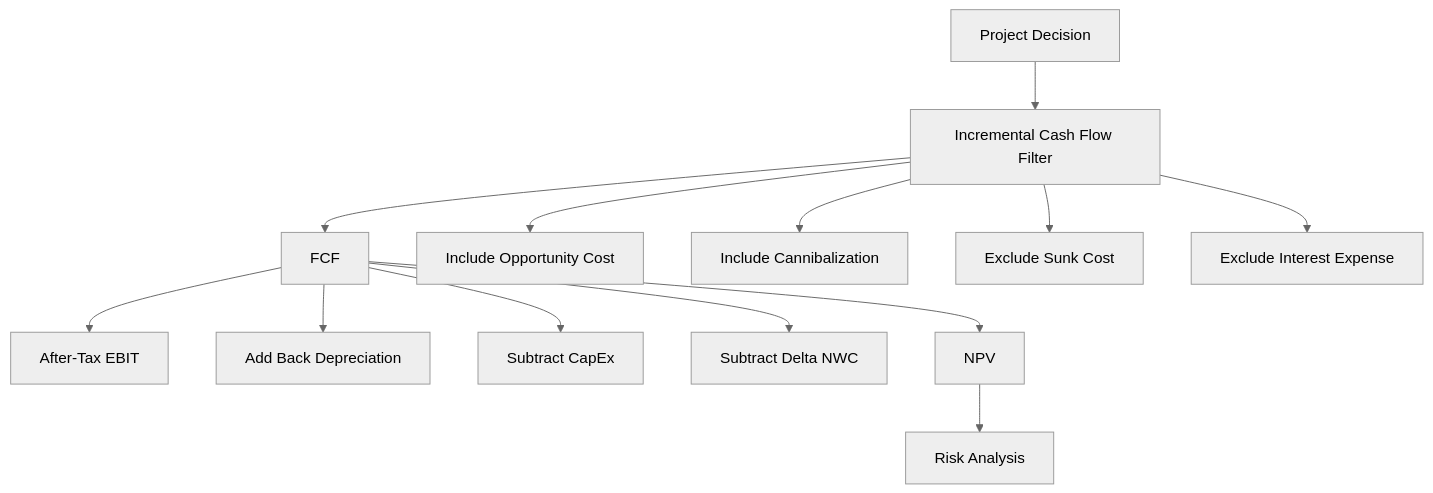
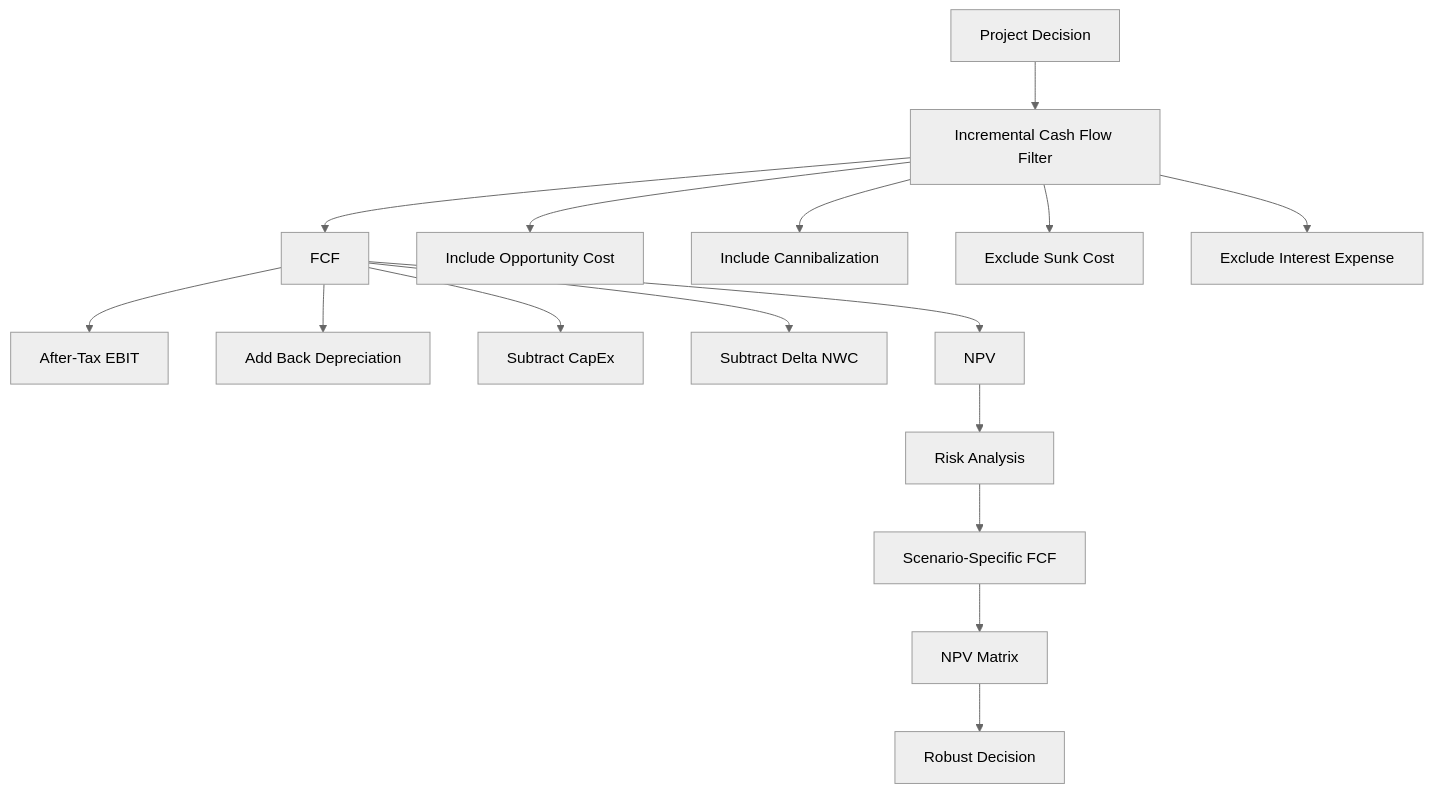
Before and after one commit to aerkn1/TUM-semester-2: the diagram in finance-and-investment-management/wiki/session-05-06-capital-budgeting/CONTEXT.md, drawn with Mermaid (neutral theme). The commit also changed other lines of this file and 29 other files, not shown here.

````diff
--- a/finance-and-investment-management/wiki/session-05-06-capital-budgeting/CONTEXT.md
+++ b/finance-and-investment-management/wiki/session-05-06-capital-budgeting/CONTEXT.md
@@ -92,15 +199,18 @@
 ```mermaid
 flowchart TD
     A[Project Decision] --> B[Incremental Cash Flow Filter]
     B --> C[FCF]
     C --> D[After-Tax EBIT]
     C --> E[Add Back Depreciation]
     C --> F[Subtract CapEx]
     C --> G[Subtract Delta NWC]
     B --> H[Include Opportunity Cost]
     B --> I[Include Cannibalization]
     B --> J[Exclude Sunk Cost]
     B --> K[Exclude Interest Expense]
     C --> L[NPV]
     L --> M[Risk Analysis]
+    M --> N[Scenario-Specific FCF]
+    N --> O[NPV Matrix]
+    O --> P[Robust Decision]
 ```
````
